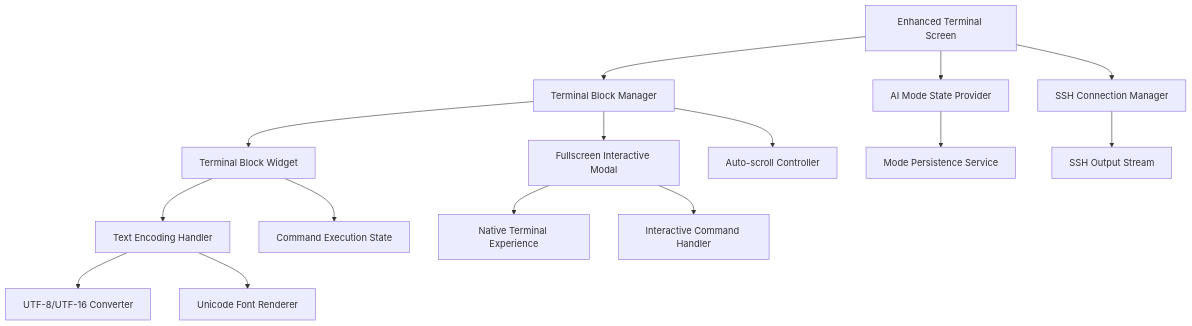
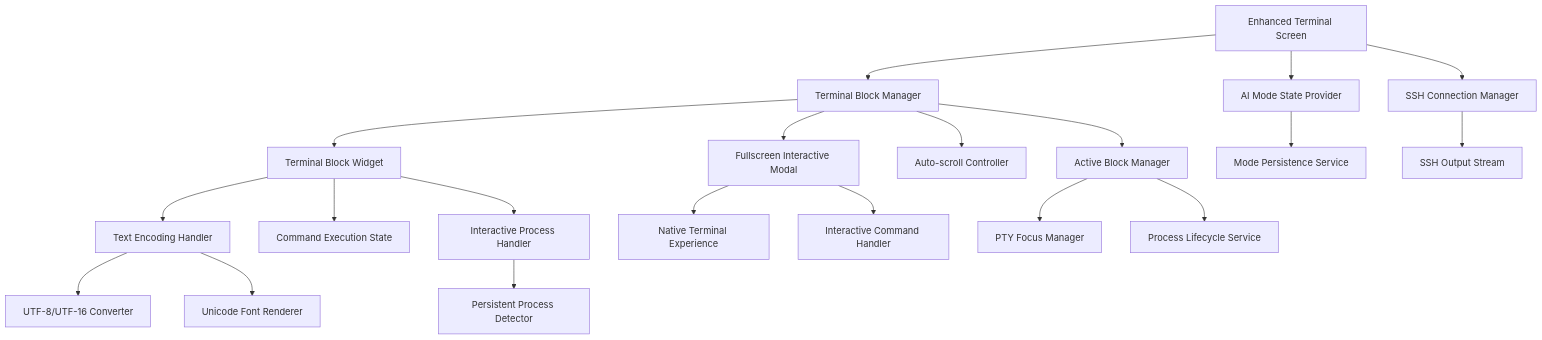
One commit to mrgoonie/devpocket-warp-app changed the diagram in plans/20250826-terminal-enhancements-comprehensive-plan.md. Above: the diagram before and after it, drawn with Mermaid. The commit also changed other lines of this file and 8 other files, not shown here.

First line of the commit message:
feat(terminal): implement Phase 3.5 interactive process handling

````diff
--- a/plans/20250826-terminal-enhancements-comprehensive-plan.md
+++ b/plans/20250826-terminal-enhancements-comprehensive-plan.md
@@ -33,22 +34,28 @@
 ```mermaid
 graph TB
     A[Enhanced Terminal Screen] --> B[Terminal Block Manager]
     A --> C[AI Mode State Provider] 
     A --> D[SSH Connection Manager]
     
     B --> E[Terminal Block Widget]
     B --> F[Fullscreen Interactive Modal]
     B --> G[Auto-scroll Controller]
+    B --> P[Active Block Manager]
     
     E --> H[Text Encoding Handler]
     E --> I[Command Execution State]
+    E --> Q[Interactive Process Handler]
     
     F --> J[Native Terminal Experience]
     F --> K[Interactive Command Handler]
     
     C --> L[Mode Persistence Service]
     D --> M[SSH Output Stream]
     
     H --> N[UTF-8/UTF-16 Converter]
     H --> O[Unicode Font Renderer]
+    
+    P --> R[PTY Focus Manager]
+    P --> S[Process Lifecycle Service]
+    Q --> T[Persistent Process Detector]
 ```
````
